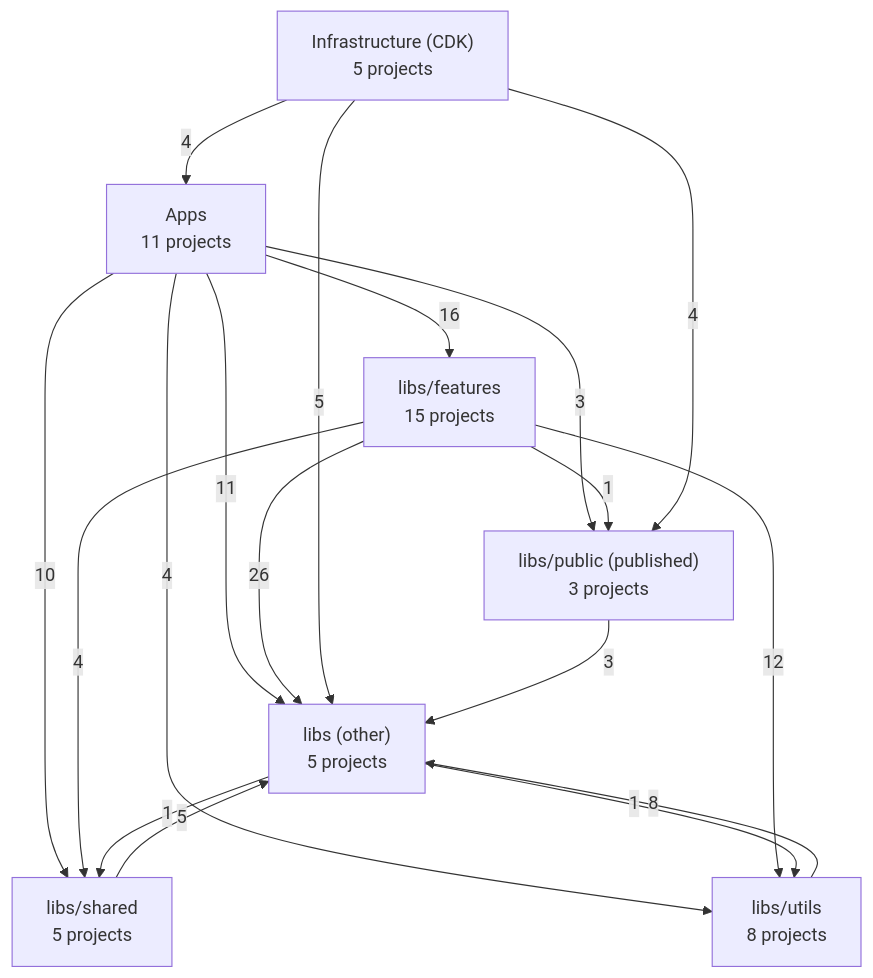
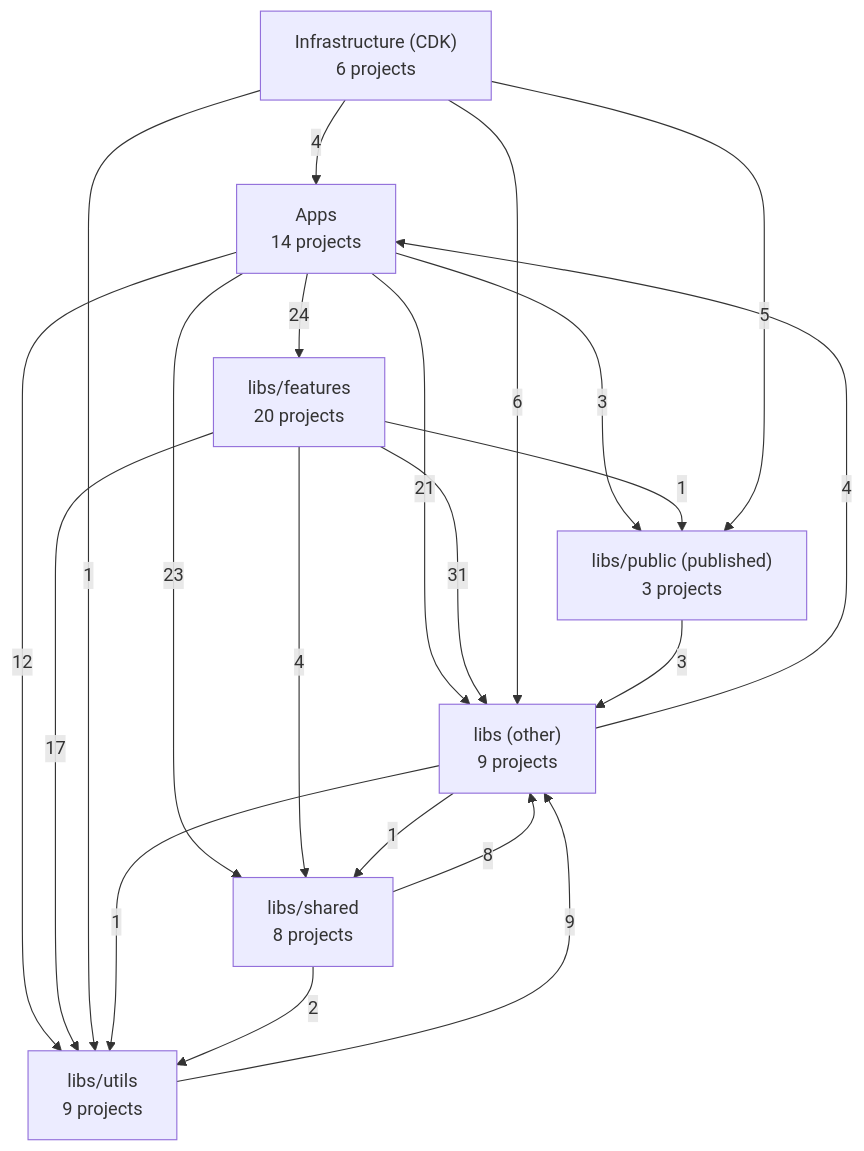
One commit to WolfSoko/wol-sok-mono changed the first of 4 diagrams in docs/architecture/README.md. Above: the diagram before and after it, drawn with Mermaid. The commit also changed other lines of this file and 150 other files, not shown here.

````diff
--- a/docs/architecture/README.md
+++ b/docs/architecture/README.md
@@ -26,27 +26,30 @@
 ```mermaid
 flowchart TD
-  infra["Infrastructure (CDK)<br/>5 projects"]
-  apps["Apps<br/>11 projects"]
+  infra["Infrastructure (CDK)<br/>6 projects"]
+  apps["Apps<br/>14 projects"]
   public["libs/public (published)<br/>3 projects"]
-  features["libs/features<br/>15 projects"]
-  shared["libs/shared<br/>5 projects"]
-  utils["libs/utils<br/>8 projects"]
-  other["libs (other)<br/>5 projects"]
-  apps -- 16 --> features
-  apps -- 11 --> other
+  features["libs/features<br/>20 projects"]
+  shared["libs/shared<br/>8 projects"]
+  utils["libs/utils<br/>9 projects"]
+  other["libs (other)<br/>9 projects"]
+  apps -- 24 --> features
+  apps -- 21 --> other
   apps -- 3 --> public
-  apps -- 10 --> shared
-  apps -- 4 --> utils
-  features -- 26 --> other
+  apps -- 23 --> shared
+  apps -- 12 --> utils
+  features -- 31 --> other
   features -- 1 --> public
   features -- 4 --> shared
-  features -- 12 --> utils
+  features -- 17 --> utils
   infra -- 4 --> apps
-  infra -- 5 --> other
-  infra -- 4 --> public
+  infra -- 6 --> other
+  infra -- 5 --> public
+  infra -- 1 --> utils
+  other -- 4 --> apps
   other -- 1 --> shared
   other -- 1 --> utils
   public -- 3 --> other
-  shared -- 5 --> other
-  utils -- 8 --> other
+  shared -- 8 --> other
+  shared -- 2 --> utils
+  utils -- 9 --> other
 ```
````
